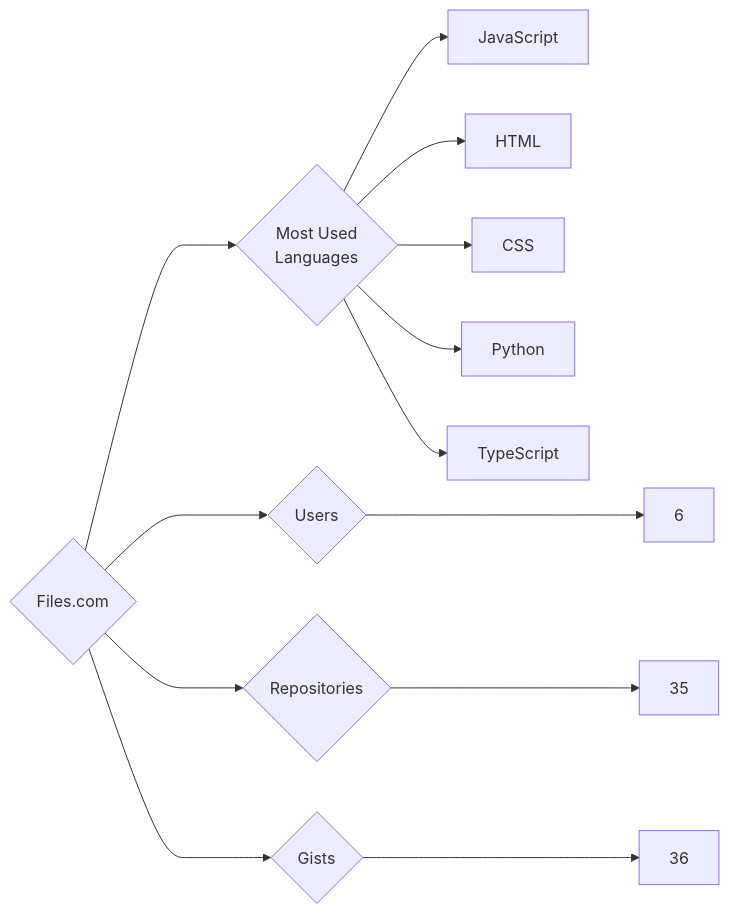
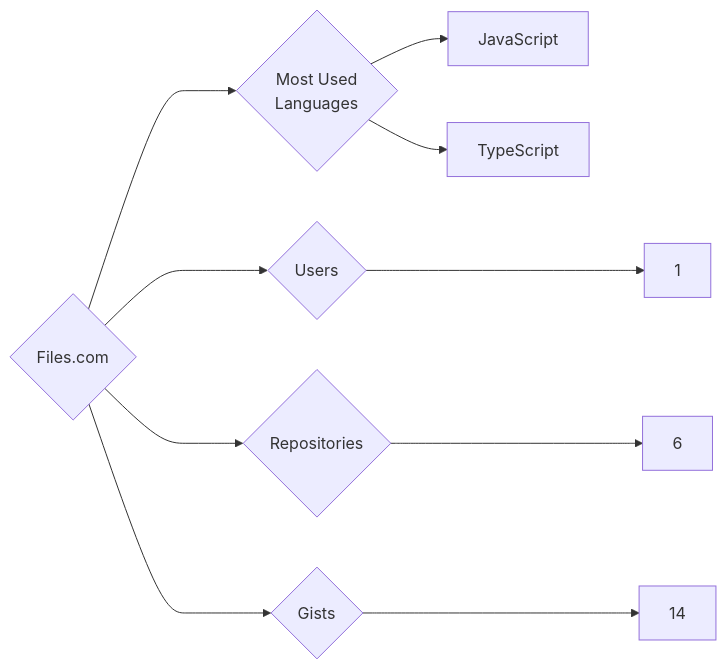
One commit to trickest/insiders changed the diagram in targets/Files.com/README.md. Above: the diagram before and after it, drawn with Mermaid. The commit also changed 914 other files, not shown here.

````diff
--- a/targets/Files.com/README.md
+++ b/targets/Files.com/README.md
@@ -3,13 +3,10 @@
 ```mermaid
 graph LR
 COMPANY_NAME{Files.com}
-COMPANY_NAME ---> U{Users} ---> UN[6]
-COMPANY_NAME ---> R{Repositories} ---> RN[35]
-COMPANY_NAME ---> G{Gists} ---> GN[36]
+COMPANY_NAME ---> U{Users} ---> UN[1]
+COMPANY_NAME ---> R{Repositories} ---> RN[6]
+COMPANY_NAME ---> G{Gists} ---> GN[14]
 COMPANY_NAME ---> ML{Most Used<br>Languages}
-ML --> JavaScript
-ML --> HTML
-ML --> CSS
-ML --> Python
-ML --> TypeScript
+ML --> JavaScript[JavaScript]
+ML --> TypeScript[TypeScript]
 ```
````
